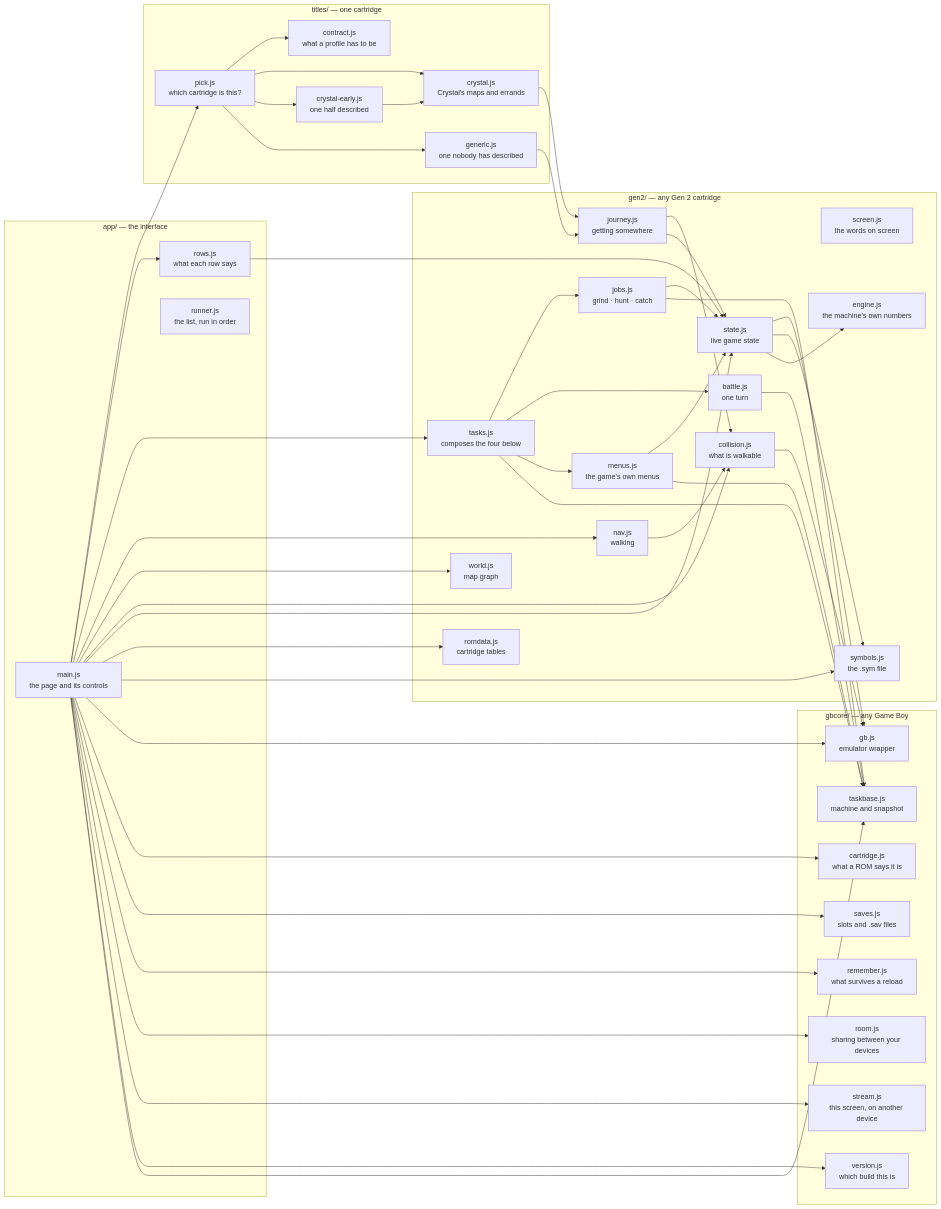
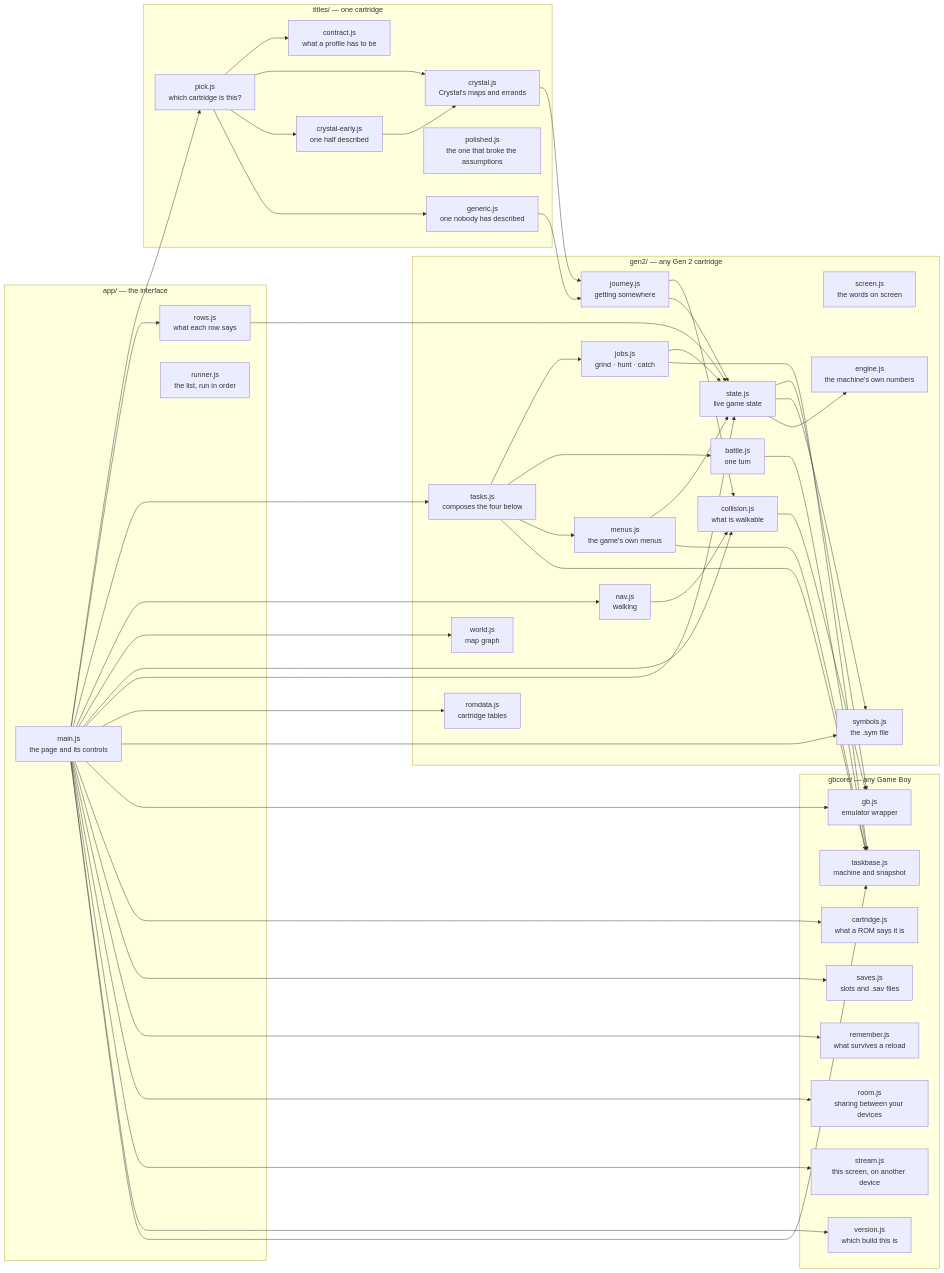
Before and after one commit to minormending/crystal-pilot-mobile: the second of 51 diagrams in docs/CODE.md, drawn with Mermaid. The commit also changed other lines of this file and 14 other files, not shown here.

```diff
--- a/docs/CODE.md
+++ b/docs/CODE.md
@@ -182,6 +182,7 @@
         contract["contract.js<br/>what a profile has to be"]
         title["crystal.js<br/>Crystal's maps and errands"]
         early["crystal-early.js<br/>one half described"]
+        pol["polished.js<br/>the one that broke the assumptions"]
         gener["generic.js<br/>one nobody has described"]
     end
     subgraph gen2["gen2/ — any Gen 2 cartridge"]
```
